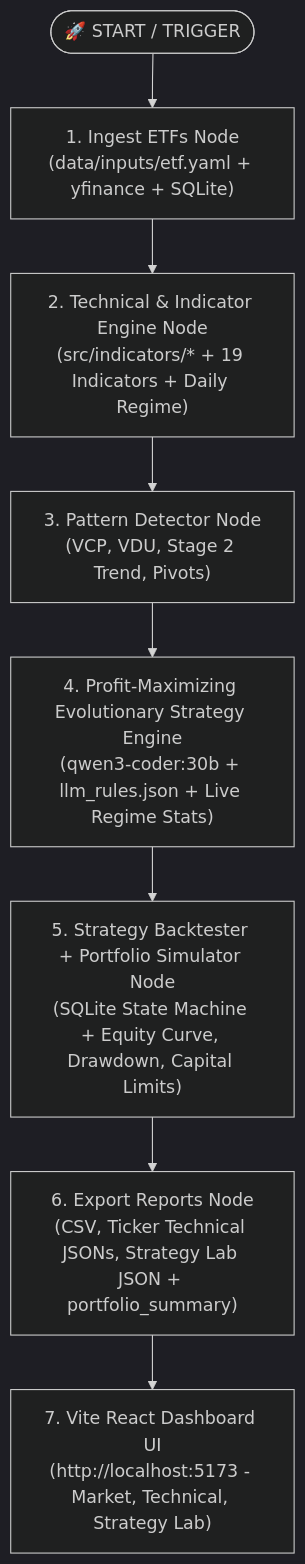
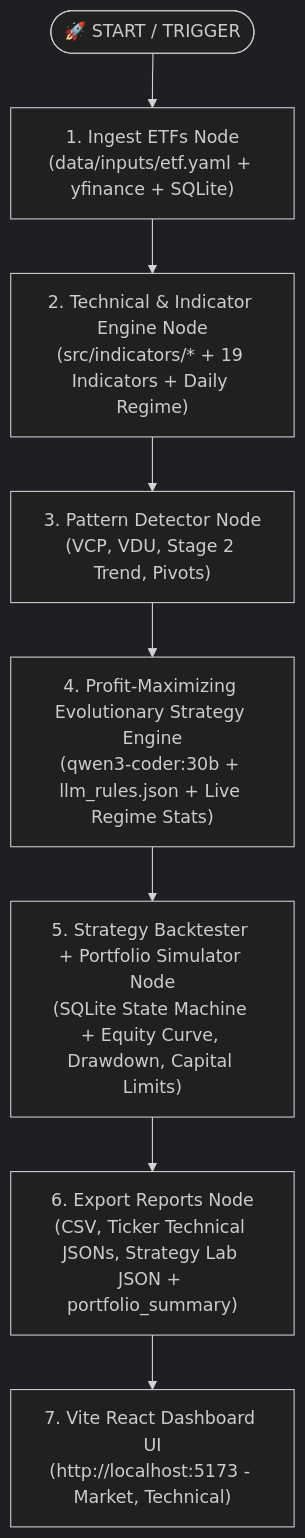
The diagram in README.md (cvaws/stock-analyzer.ai), drawn with Mermaid (dark theme) before and after one commit. The commit also changed other lines of this file and 21 other files, not shown here.

````diff
--- a/README.md
+++ b/README.md
@@ -84,10 +84,10 @@
 ```mermaid
 graph TD
     StartNode(["🚀 START / TRIGGER"]) --> IngestNode["1. Ingest ETFs Node<br>(data/inputs/etf.yaml + yfinance + SQLite)"]
     IngestNode --> TechNode["2. Technical & Indicator Engine Node<br>(src/indicators/* + 19 Indicators + Daily Regime)"]
     TechNode --> PatternNode["3. Pattern Detector Node<br>(VCP, VDU, Stage 2 Trend, Pivots)"]
     PatternNode --> EvolutionaryOptimizerNode["4. Profit-Maximizing Evolutionary Strategy Engine<br>(qwen3-coder:30b + llm_rules.json + Live Regime Stats)"]
     EvolutionaryOptimizerNode --> BacktestNode["5. Strategy Backtester + Portfolio Simulator Node<br>(SQLite State Machine + Equity Curve, Drawdown, Capital Limits)"]
     BacktestNode --> ExportNode["6. Export Reports Node<br>(CSV, Ticker Technical JSONs, Strategy Lab JSON + portfolio_summary)"]
-    ExportNode --> DashboardNode["7. Vite React Dashboard UI<br>(http://localhost:5173 - Market, Technical, Strategy Lab)"]
+    ExportNode --> DashboardNode["7. Vite React Dashboard UI<br>(http://localhost:5173 - Market, Technical)"]
 ```
````
